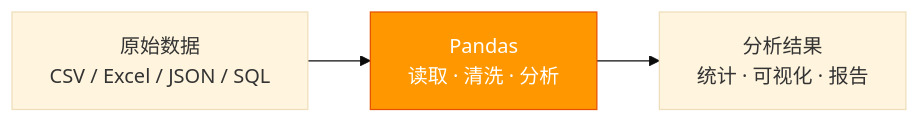
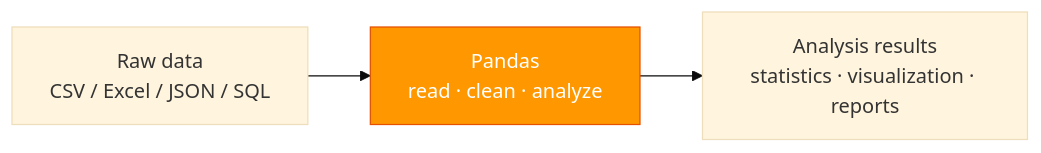
Before and after one commit to oudbiao/AI-fullstack-course: the second of 3 diagrams in docs/ch03-data-analysis/ch03-pandas/01-core-structures.md, drawn with Mermaid (base theme). The commit also changed other lines of this file and 1406 other files, not shown here.

````diff
--- a/docs/ch03-data-analysis/ch03-pandas/01-core-structures.md
+++ b/docs/ch03-data-analysis/ch03-pandas/01-core-structures.md
@@ -59,7 +59,7 @@
 ```mermaid
 flowchart LR
-    A["原始数据<br/>CSV / Excel / JSON / SQL"] --> B["Pandas<br/>读取 · 清洗 · 分析"]
-    B --> C["分析结果<br/>统计 · 可视化 · 报告"]
+    A["Raw data<br/>CSV / Excel / JSON / SQL"] --> B["Pandas<br/>read · clean · analyze"]
+    B --> C["Analysis results<br/>statistics · visualization · reports"]
 
     style B fill:#ff9800,color:#fff,stroke:#e65100
 ```
````
